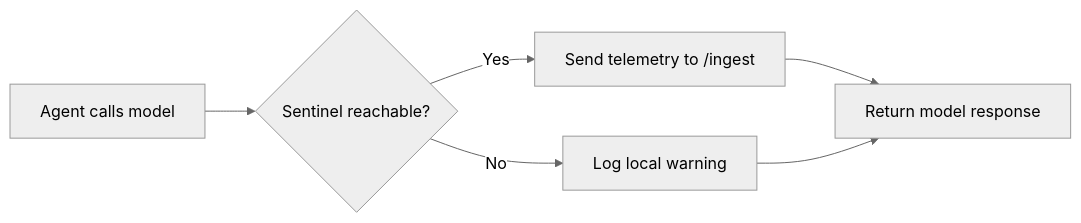
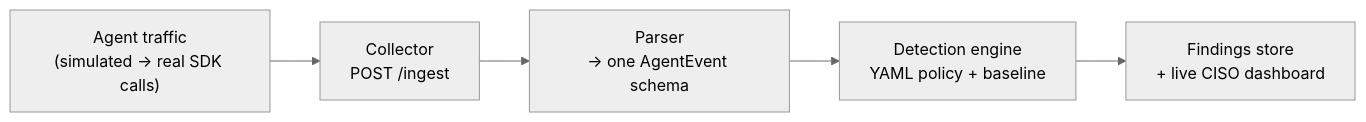
Before and after one commit to anandnarayanan2017/agent-sentinel-blog: the diagram in 02-simulation-to-real-models.md, drawn with Mermaid (neutral theme). The commit also changed other lines of this file and 5 other files, not shown here.

````diff
--- a/02-simulation-to-real-models.md
+++ b/02-simulation-to-real-models.md
@@ -163,8 +15,7 @@
 ```mermaid
 flowchart LR
-    A["Agent calls model"] --> B{"Sentinel reachable?"}
-    B -->|"Yes"| C["Send telemetry to /ingest"]
-    B -->|"No"| D["Log local warning"]
-    C --> E["Return model response"]
-    D --> E
+    A["Agent traffic\n(simulated → real SDK calls)"] --> B["Collector\nPOST /ingest"]
+    B --> C["Parser\n→ one AgentEvent schema"]
+    C --> D["Detection engine\nYAML policy + baseline"]
+    D --> E["Findings store\n+ live CISO dashboard"]
 ```
````
